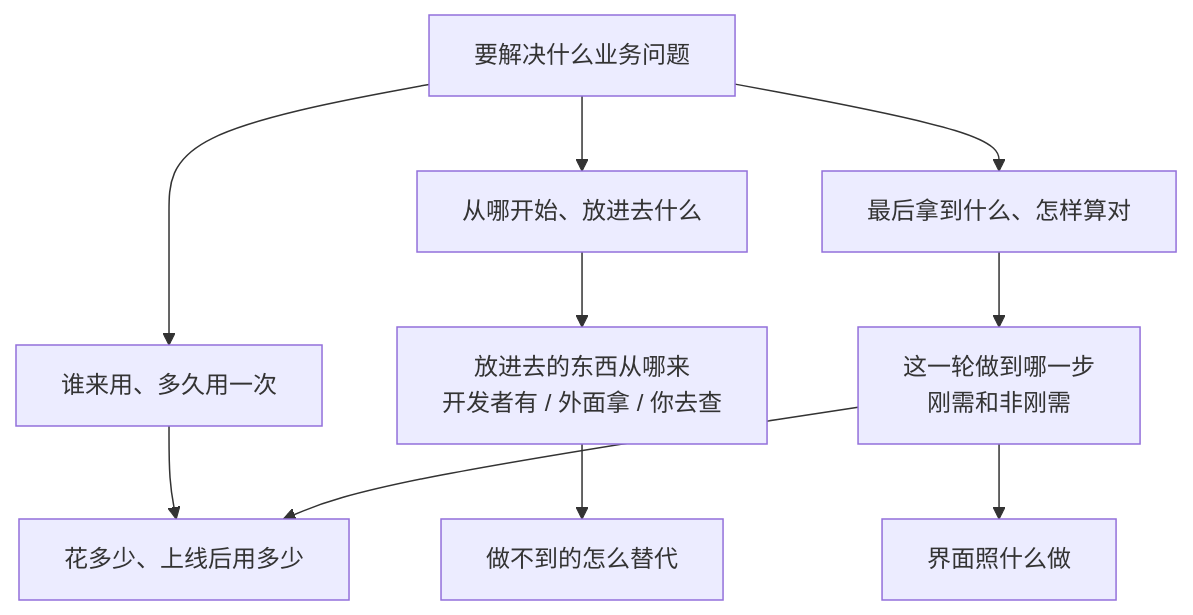
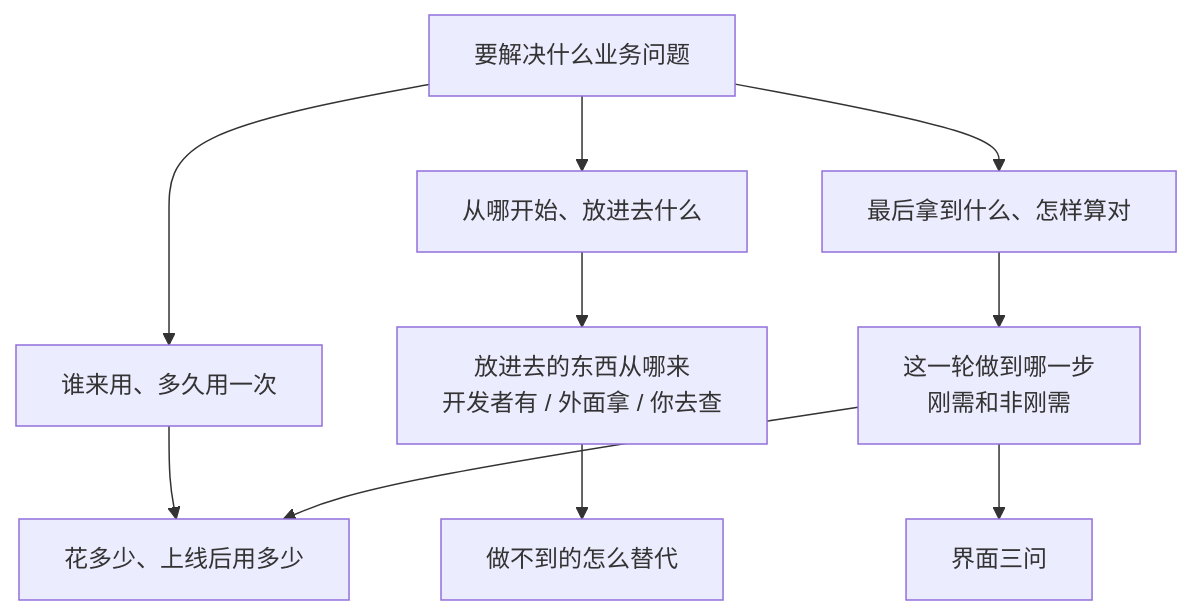
The first of 2 diagrams in codex/skills/business-app-creator/design/按轮问.md (GoalfyAI/business-app-creator-skills), drawn with Mermaid before and after one commit. The commit also changed other lines of this file and 226 other files, not shown here.

````diff
--- a/codex/skills/business-app-creator/design/按轮问.md
+++ b/codex/skills/business-app-creator/design/按轮问.md
@@ -33,12 +33,12 @@
 ```mermaid
 flowchart TD
   A["要解决什么业务问题"] --> B["谁来用、多久用一次"]
   A --> C["从哪开始、放进去什么"]
   A --> D["最后拿到什么、怎样算对"]
   B --> G["花多少、上线后用多少"]
   C --> E["放进去的东西从哪来<br/>开发者有 / 外面拿 / 你去查"]
   D --> F["这一轮做到哪一步<br/>刚需和非刚需"]
   F --> G
-  F --> H["界面照什么做"]
+  F --> H["界面三问"]
   E --> I["做不到的怎么替代"]
 ```
````
